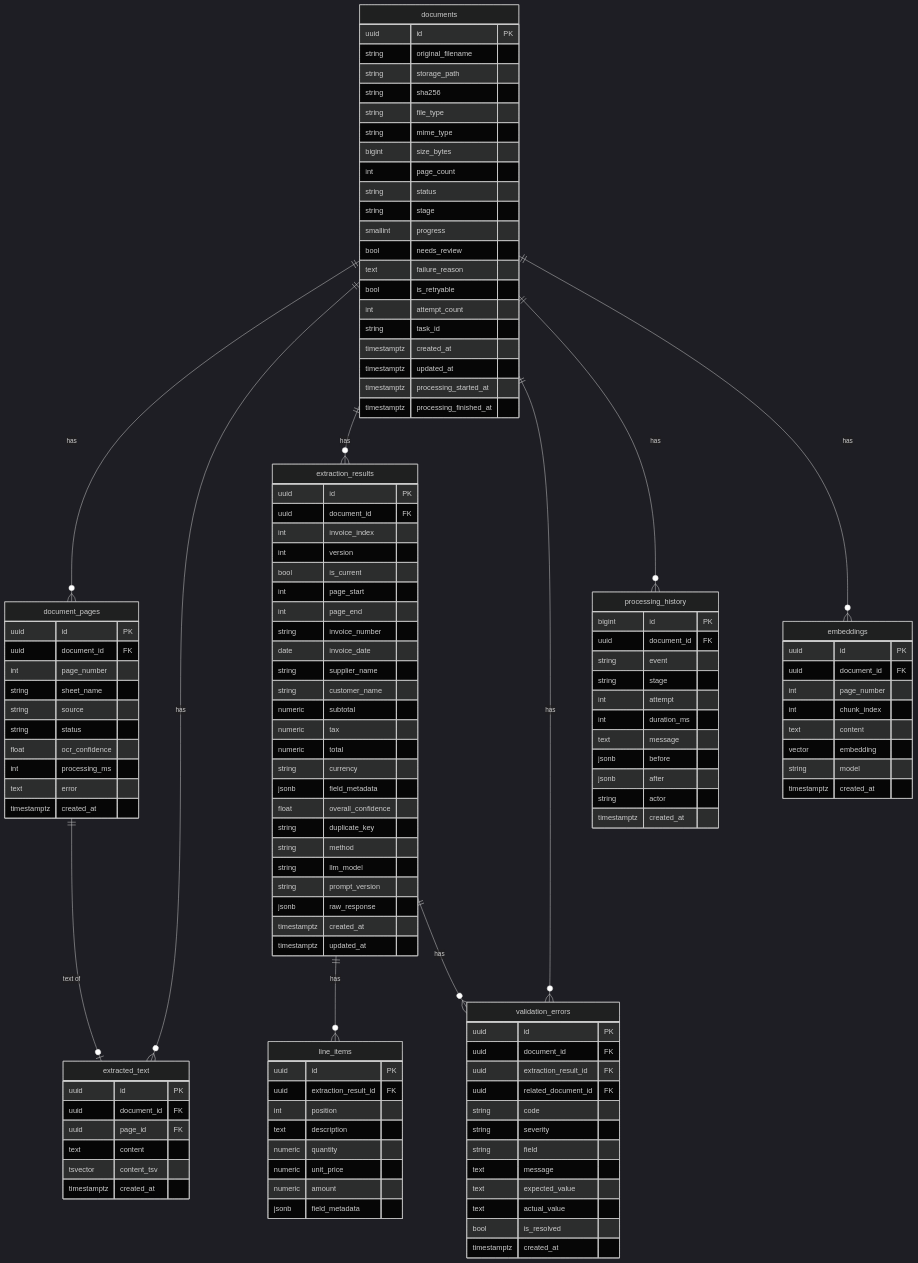
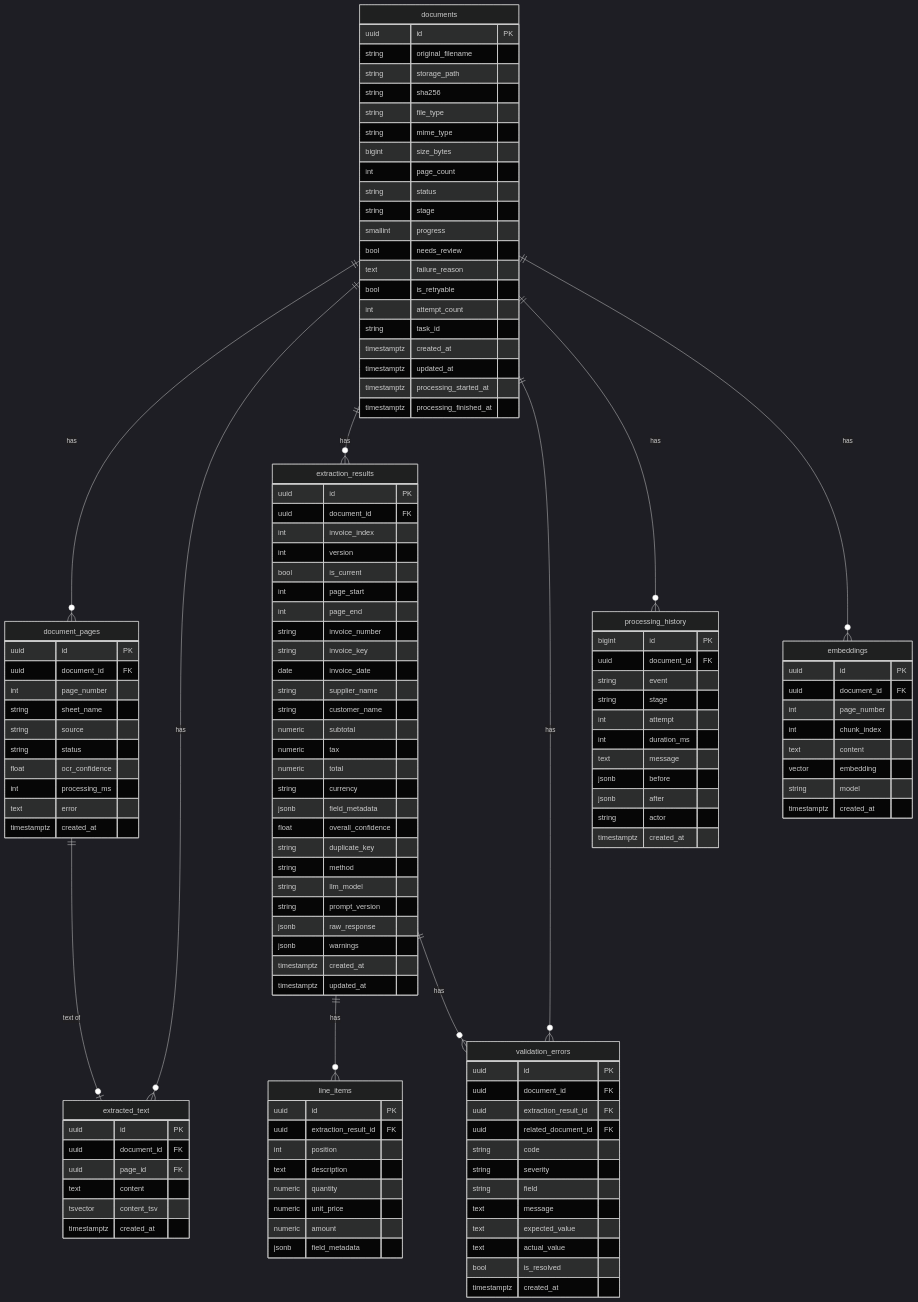
The third of 3 diagrams in docs/architecture.md (tareqsujat-cmd/AI-Powered-Document-Intelligence-System), drawn with Mermaid (dark theme) before and after one commit. The commit also changed other lines of this file and 39 other files, not shown here.

```diff
--- a/docs/architecture.md
+++ b/docs/architecture.md
@@ -172,6 +240,7 @@
         int page_start
         int page_end
         string invoice_number
+        string invoice_key
         date invoice_date
         string supplier_name
         string customer_name
@@ -186,6 +255,7 @@
         string llm_model
         string prompt_version
         jsonb raw_response
+        jsonb warnings
         timestamptz created_at
         timestamptz updated_at
     }
```
